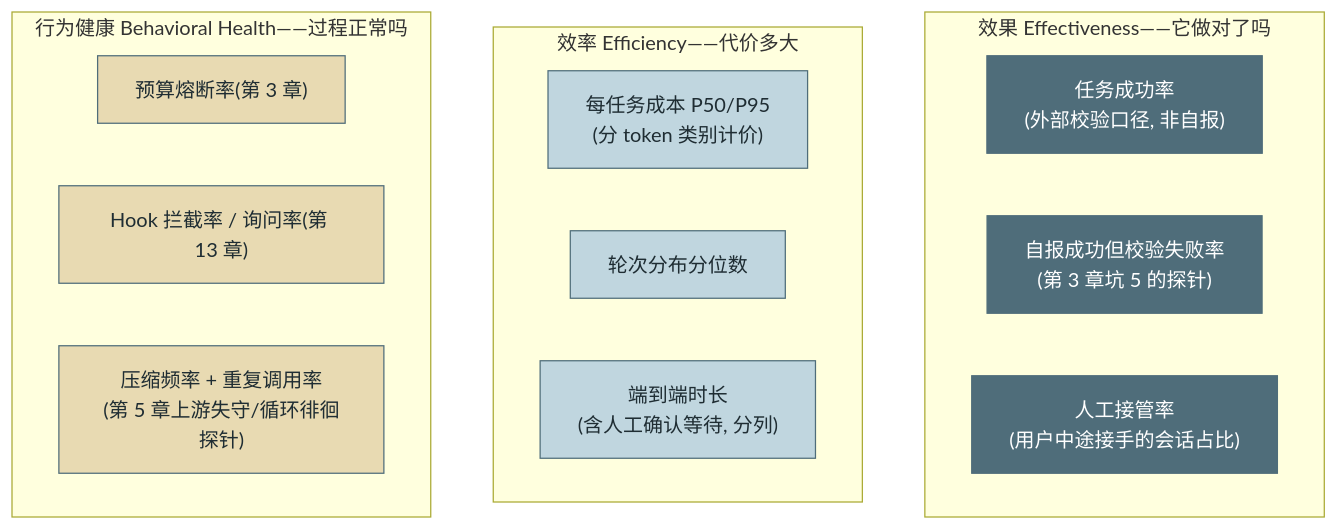
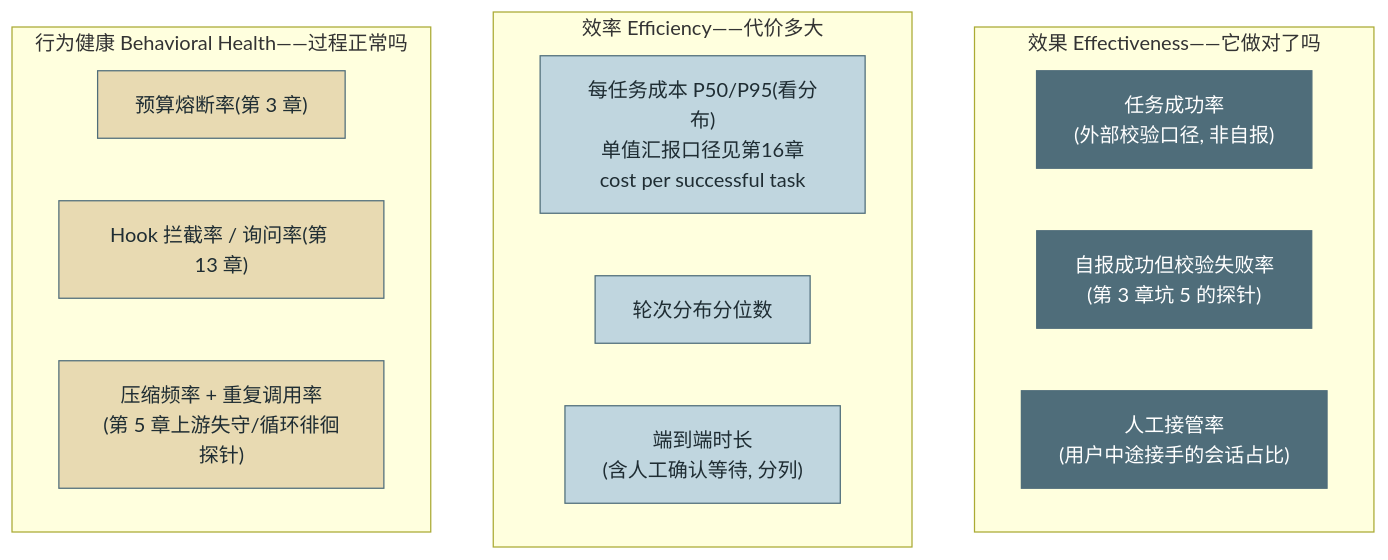
The second of 3 diagrams in 第三篇-单Agent生产工程化/第14章-可观测性.md (cdavid817/agent-book), drawn with Mermaid before and after one commit. The commit also changed 13 other files, not shown here.

````diff
--- a/第三篇-单Agent生产工程化/第14章-可观测性.md
+++ b/第三篇-单Agent生产工程化/第14章-可观测性.md
@@ -71,25 +71,25 @@
 ```mermaid
 graph TB
     subgraph E1["效果 Effectiveness——它做对了吗"]
         M1["任务成功率<br/>(外部校验口径, 非自报)"]
         M2["自报成功但校验失败率<br/>(第 3 章坑 5 的探针)"]
         M3["人工接管率<br/>(用户中途接手的会话占比)"]
     end
     subgraph E2["效率 Efficiency——代价多大"]
-        M4["每任务成本 P50/P95<br/>(分 token 类别计价)"]
+        M4["每任务成本 P50/P95(看分布)<br/>单值汇报口径见第16章<br/>cost per successful task"]
         M5["轮次分布分位数"]
         M6["端到端时长<br/>(含人工确认等待, 分列)"]
     end
     subgraph E3["行为健康 Behavioral Health——过程正常吗"]
         M7["预算熔断率(第 3 章)"]
         M8["Hook 拦截率 / 询问率(第 13 章)"]
         M9["压缩频率 + 重复调用率<br/>(第 5 章上游失守/循环徘徊探针)"]
     end
 
     classDef eff fill:#4F6D7A,stroke:#4F6D7A,color:#ffffff
     classDef effi fill:#C0D6DF,stroke:#4F6D7A,color:#1f2d33
     classDef health fill:#E8DAB2,stroke:#4F6D7A,color:#1f2d33
     class M1,M2,M3 eff
     class M4,M5,M6 effi
     class M7,M8,M9 health
 ```
````
